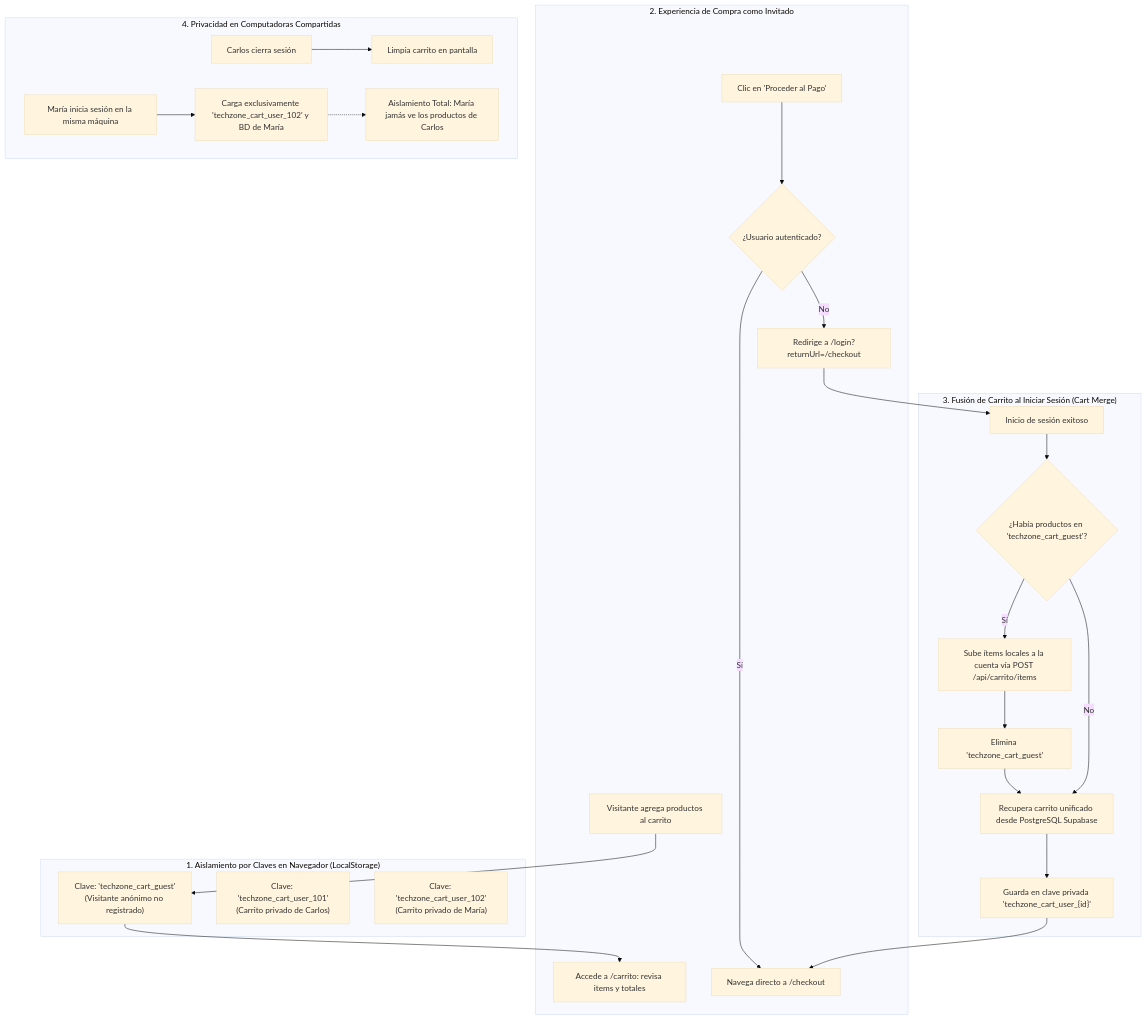
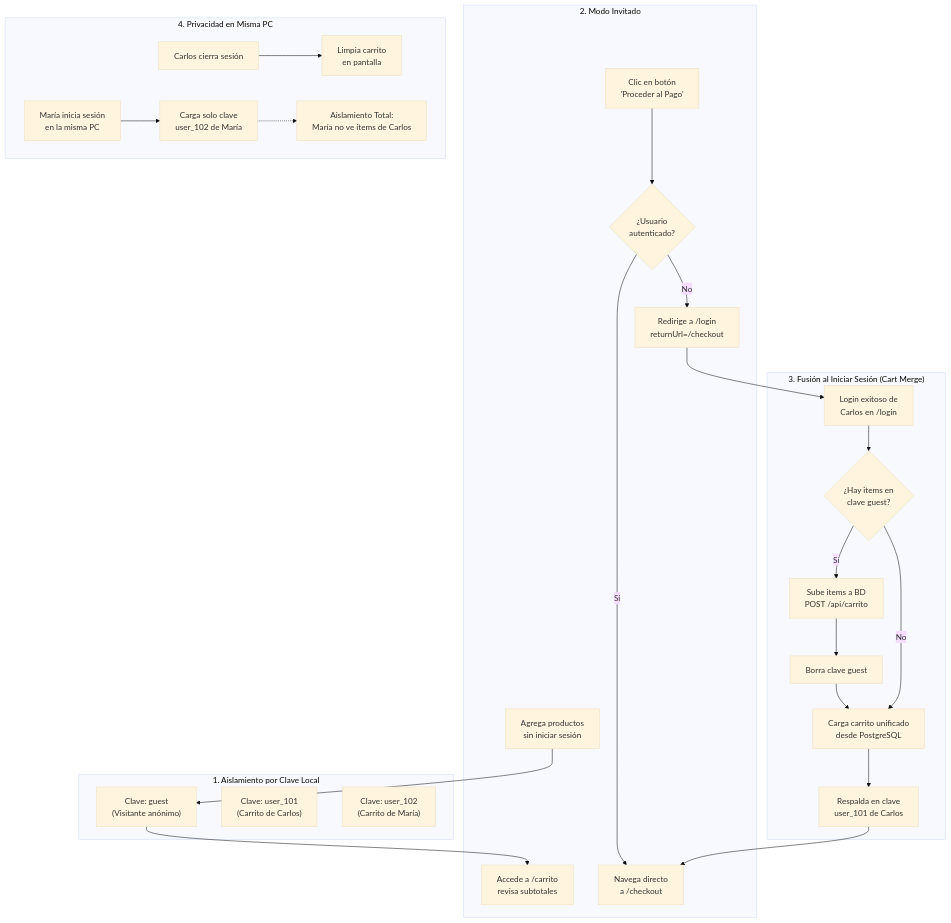
The eighth of 9 diagrams in README.md (MrCarlos17A/TechZone), drawn with Mermaid (base theme) before and after one commit. The commit also changed other lines of this file, not shown here.

Commit message:
docs: solucion de diagramas README

````diff
--- a/README.md
+++ b/README.md
@@ -388,38 +385,38 @@
 ```mermaid
 flowchart TD
-    subgraph NAMESPACING["1. Aislamiento por Claves en Navegador (LocalStorage)"]
-        GUEST_KEY["Clave: 'techzone_cart_guest'<br/>(Visitante anónimo no registrado)"]
-        USER_A_KEY["Clave: 'techzone_cart_user_101'<br/>(Carrito privado de Carlos)"]
-        USER_B_KEY["Clave: 'techzone_cart_user_102'<br/>(Carrito privado de María)"]
+    subgraph NAMESPACING["1. Aislamiento por Clave Local"]
+        GUEST_KEY["Clave: guest<br/>(Visitante anónimo)"]
+        USER_A_KEY["Clave: user_101<br/>(Carrito de Carlos)"]
+        USER_B_KEY["Clave: user_102<br/>(Carrito de María)"]
     end
 
-    subgraph GUEST_NAV["2. Experiencia de Compra como Invitado"]
-        ADD_PROD["Visitante agrega productos al carrito"] --> GUEST_KEY
-        VIEW_CART["Accede a /carrito: revisa items y totales"]
+    subgraph GUEST_NAV["2. Modo Invitado"]
+        ADD_PROD["Agrega productos<br/>sin iniciar sesión"] --> GUEST_KEY
+        VIEW_CART["Accede a /carrito<br/>revisa subtotales"]
         GUEST_KEY --> VIEW_CART
         
-        GO_PAY["Clic en 'Proceder al Pago'"]
-        GO_PAY --> IS_AUTH{"¿Usuario autenticado?"}
-        IS_AUTH -- No --> REDIR_LOGIN["Redirige a /login?returnUrl=/checkout"]
-        IS_AUTH -- Sí --> GOTO_PAY["Navega directo a /checkout"]
+        GO_PAY["Clic en botón<br/>'Proceder al Pago'"]
+        GO_PAY --> IS_AUTH{"¿Usuario<br/>autenticado?"}
+        IS_AUTH -- No --> REDIR_LOGIN["Redirige a /login<br/>returnUrl=/checkout"]
+        IS_AUTH -- Sí --> GOTO_PAY["Navega directo<br/>a /checkout"]
     end
 
-    subgraph MERGE_FLOW["3. Fusión de Carrito al Iniciar Sesión (Cart Merge)"]
-        REDIR_LOGIN --> LOGIN_SUCCESS["Inicio de sesión exitoso"]
-        LOGIN_SUCCESS --> HAS_GUEST{"¿Había productos en 'techzone_cart_guest'?"}
+    subgraph MERGE_FLOW["3. Fusión al Iniciar Sesión (Cart Merge)"]
+        REDIR_LOGIN --> LOGIN_SUCCESS["Login exitoso de<br/>Carlos en /login"]
+        LOGIN_SUCCESS --> HAS_GUEST{"¿Hay items en<br/>clave guest?"}
         
-        HAS_GUEST -- Sí --> UPLOAD_GUEST["Sube ítems locales a la cuenta vía POST /api/carrito/items"]
-        UPLOAD_GUEST --> DEL_GUEST["Elimina 'techzone_cart_guest'"]
-        DEL_GUEST --> FETCH_DB["Recupera carrito unificado desde PostgreSQL Supabase"]
+        HAS_GUEST -- Sí --> UPLOAD_GUEST["Sube items a BD<br/>POST /api/carrito"]
+        UPLOAD_GUEST --> DEL_GUEST["Borra clave guest"]
+        DEL_GUEST --> FETCH_DB["Carga carrito unificado<br/>desde PostgreSQL"]
         HAS_GUEST -- No --> FETCH_DB
         
-        FETCH_DB --> BACKUP_USER["Guarda en clave privada 'techzone_cart_user_{id}'"]
+        FETCH_DB --> BACKUP_USER["Respalda en clave<br/>user_101 de Carlos"]
         BACKUP_USER --> GOTO_PAY
     end
 
-    subgraph ISOLATION_FLOW["4. Privacidad en Computadoras Compartidas"]
-        CARLOS_LOGOUT["Carlos cierra sesión"] --> CLEAR_VIEW["Limpia carrito en pantalla"]
-        MARIA_LOGIN["María inicia sesión en la misma máquina"] --> LOAD_MARIA["Carga exclusivamente 'techzone_cart_user_102' y BD de María"]
-        LOAD_MARIA -.-> SHIELD["Aislamiento Total: María jamás ve los productos de Carlos"]
+    subgraph ISOLATION_FLOW["4. Privacidad en Misma PC"]
+        CARLOS_LOGOUT["Carlos cierra sesión"] --> CLEAR_VIEW["Limpia carrito<br/>en pantalla"]
+        MARIA_LOGIN["María inicia sesión<br/>en la misma PC"] --> LOAD_MARIA["Carga solo clave<br/>user_102 de María"]
+        LOAD_MARIA -.-> SHIELD["Aislamiento Total:<br/>María no ve ítems de Carlos"]
     end
 ```
````
